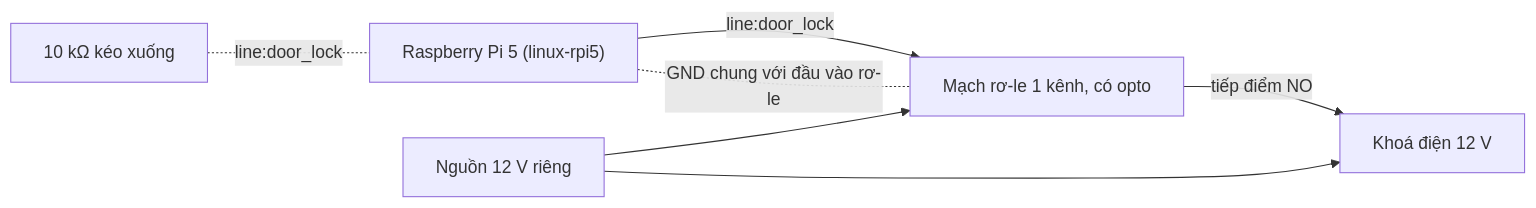
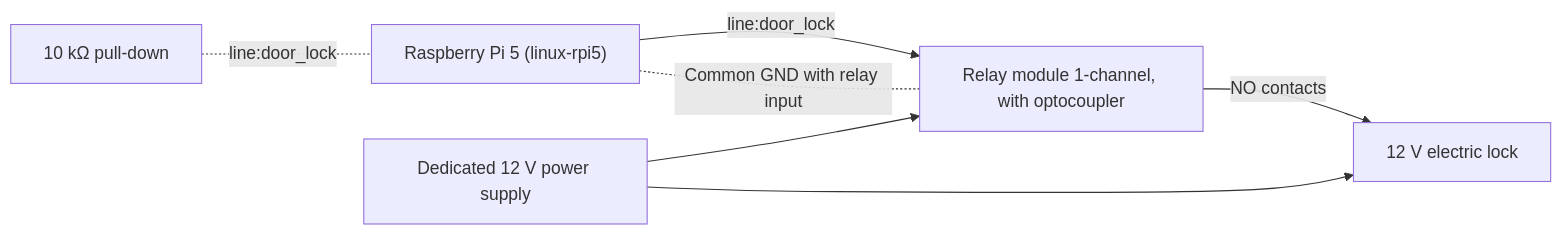
Before and after one commit to letrongminh/neuroedge-init: the first of 2 diagrams in docs/user/kit-khoa-cua-villa.md, drawn with Mermaid. The commit also changed other lines of this file and 57 other files, not shown here.

Commit message:
docs in English: spec, architecture 00-05, RFCs, user docs, kits, partner guides, demos, reports, Blueprint proposal

````diff
--- a/docs/user/kit-khoa-cua-villa.md
+++ b/docs/user/kit-khoa-cua-villa.md
@@ -40,9 +40,9 @@
 ```mermaid
 flowchart LR
-  PI["Raspberry Pi 5 (linux-rpi5)"] -->|"line:door_lock"| RL["Mạch rơ-le 1 kênh, có opto"]
-  PI -. "GND chung với đầu vào rơ-le" .- RL
-  PSU["Nguồn 12 V riêng"] --> RL
-  RL -->|"tiếp điểm NO"| LOCK["Khoá điện 12 V"]
+  PI["Raspberry Pi 5 (linux-rpi5)"] -->|"line:door_lock"| RL["Relay module 1-channel, with optocoupler"]
+  PI -. "Common GND with relay input" .- RL
+  PSU["Dedicated 12 V power supply"] --> RL
+  RL -->|"NO contacts"| LOCK["12 V electric lock"]
   PSU --> LOCK
-  PD["10 kΩ kéo xuống"] -. "line:door_lock" .- PI
+  PD["10 kΩ pull-down"] -. "line:door_lock" .- PI
 ```
````
